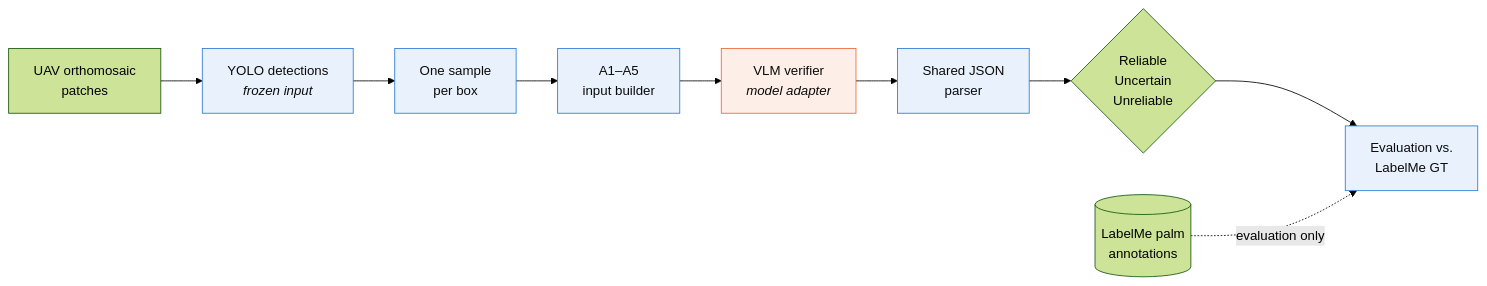
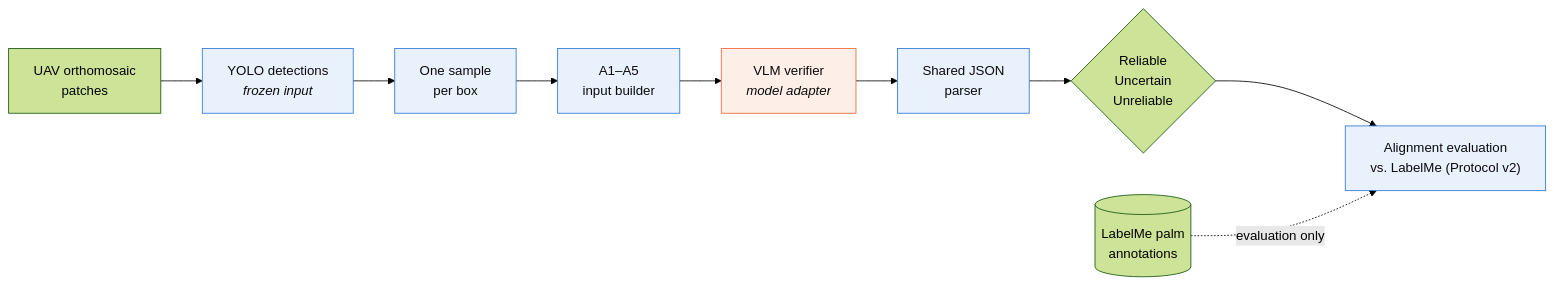
Before and after one commit to AnnieZX/wild-palm-lvm-verification: the diagram in README.md, drawn with Mermaid (forest theme). The commit also changed other lines of this file and 14 other files, not shown here.

First line of the commit message:
Reframe evaluation around VLM behavior and LabelMe alignment

````diff
--- a/README.md
+++ b/README.md
@@ -127,16 +139,16 @@
 ```mermaid
 flowchart LR
     A["UAV orthomosaic<br/>patches"] --> B["YOLO detections<br/><i>frozen input</i>"]
     B --> C["One sample<br/>per box"]
     C --> D["A1–A5<br/>input builder"]
     D --> E["VLM verifier<br/><i>model adapter</i>"]
     E --> F["Shared JSON<br/>parser"]
     F --> G{"Reliable<br/>Uncertain<br/>Unreliable"}
-    G --> H["Evaluation vs.<br/>LabelMe GT"]
+    G --> H["Alignment evaluation<br/>vs. LabelMe (Protocol v2)"]
     GT[("LabelMe palm<br/>annotations")] -. evaluation only .-> H
 
     classDef frozen fill:#e8f1fc,stroke:#2a78d6,color:#0b0b0b
     classDef model fill:#fdeee7,stroke:#eb6834,color:#0b0b0b
     class B,C,D,F,H frozen
     class E model
 ```
````
